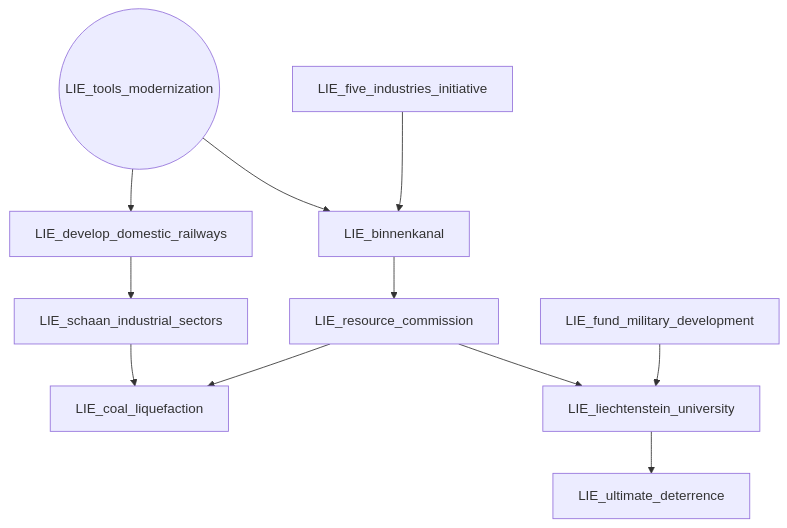
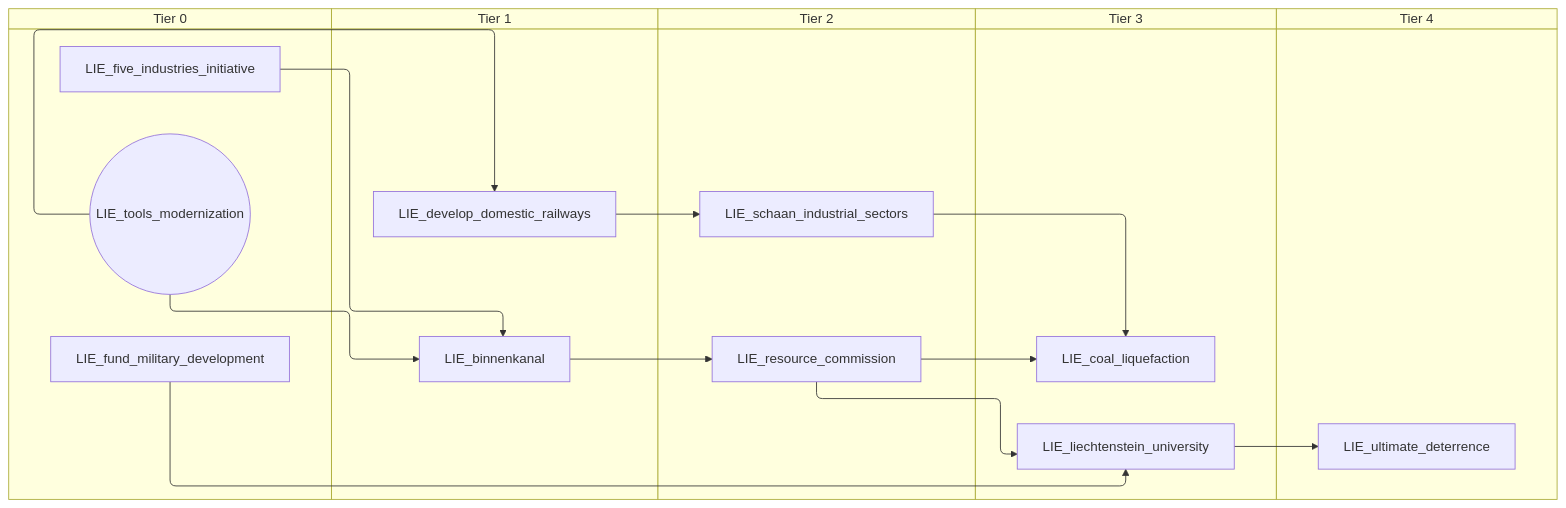
The sixth of 6 diagrams in docs/gdd/National Focuses/r56/liechtenstein.md (evgeny-sobol/hoi4-sandbox-mode-r56), drawn with Mermaid before and after one commit. The commit also changed other lines of this file and 423 other files, not shown here.

First line of the commit message:
Re-export Rt56 focus trees as swimlane diagrams

````diff
--- a/docs/gdd/National Focuses/r56/liechtenstein.md
+++ b/docs/gdd/National Focuses/r56/liechtenstein.md
@@ -374,23 +442,33 @@
 ```mermaid
-flowchart TD
-    n52["LIE_binnenkanal"]
-    n53["LIE_coal_liquefaction"]
-    n133["LIE_develop_domestic_railways"]
-    n54["LIE_five_industries_initiative"]
-    n56["LIE_fund_military_development"]
-    n57["LIE_liechtenstein_university"]
-    n59["LIE_resource_commission"]
-    n60["LIE_schaan_industrial_sectors"]
-    n61(("LIE_tools_modernization"))
-    n62["LIE_ultimate_deterrence"]
-    n54 --> n52
-    n61 --> n52
-    n59 --> n53
-    n60 --> n53
-    n61 --> n133
-    n56 --> n57
-    n59 --> n57
-    n52 --> n59
-    n133 --> n60
-    n57 --> n62
+swimlane-beta TD
+    subgraph tier_0["Tier 0"]
+        n52["LIE_five_industries_initiative"]
+        n58["LIE_fund_military_development"]
+        n55(("LIE_tools_modernization"))
+    end
+    subgraph tier_1["Tier 1"]
+        n56["LIE_binnenkanal"]
+        n133["LIE_develop_domestic_railways"]
+    end
+    subgraph tier_2["Tier 2"]
+        n59["LIE_resource_commission"]
+        n54["LIE_schaan_industrial_sectors"]
+    end
+    subgraph tier_3["Tier 3"]
+        n60["LIE_coal_liquefaction"]
+        n61["LIE_liechtenstein_university"]
+    end
+    subgraph tier_4["Tier 4"]
+        n62["LIE_ultimate_deterrence"]
+    end
+    n52 --> n56
+    n55 --> n56
+    n59 --> n60
+    n54 --> n60
+    n55 --> n133
+    n58 --> n61
+    n59 --> n61
+    n56 --> n59
+    n133 --> n54
+    n61 --> n62
 ```
````
